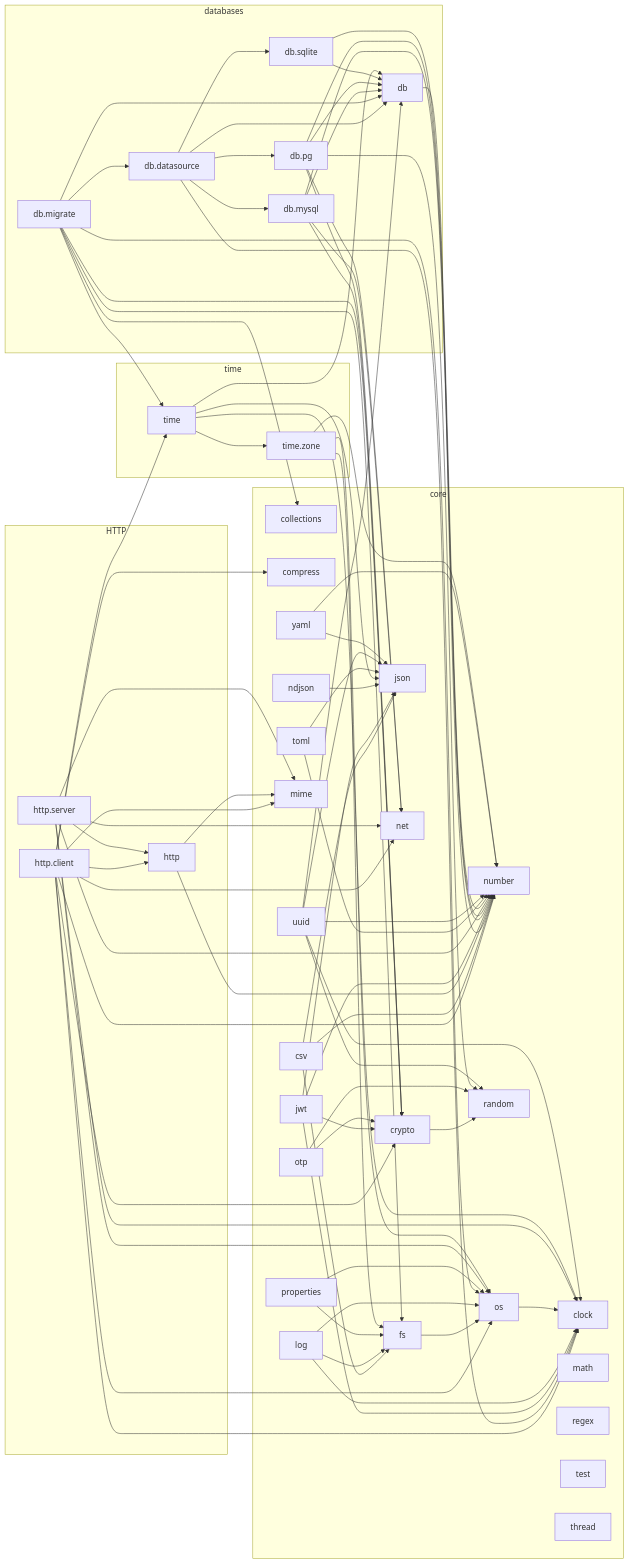
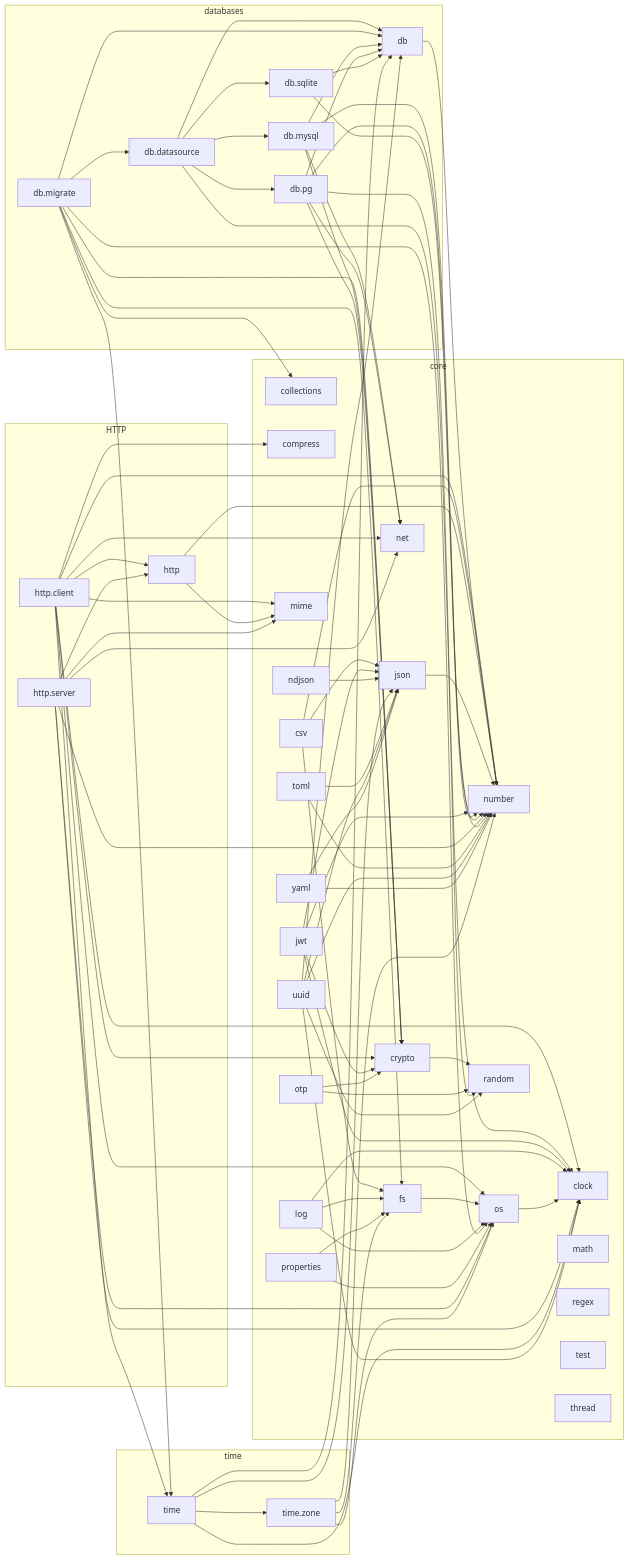
One commit to vasnatech/ziman changed the diagram in docs/lib/dependencies.md. Above: the diagram before and after it, drawn with Mermaid. The commit also changed other lines of this file and 31 other files, not shown here.

First line of the commit message:
feat: JSON numbers as JNumber(Number) with bigint and decimal; strict parse_int/parse_float

```diff
--- a/docs/lib/dependencies.md
+++ b/docs/lib/dependencies.md
@@ -72,6 +72,7 @@
     fs --> os
     http --> mime
     http --> number
+    json --> number
     jwt --> clock
     jwt --> crypto
     jwt --> json
```
